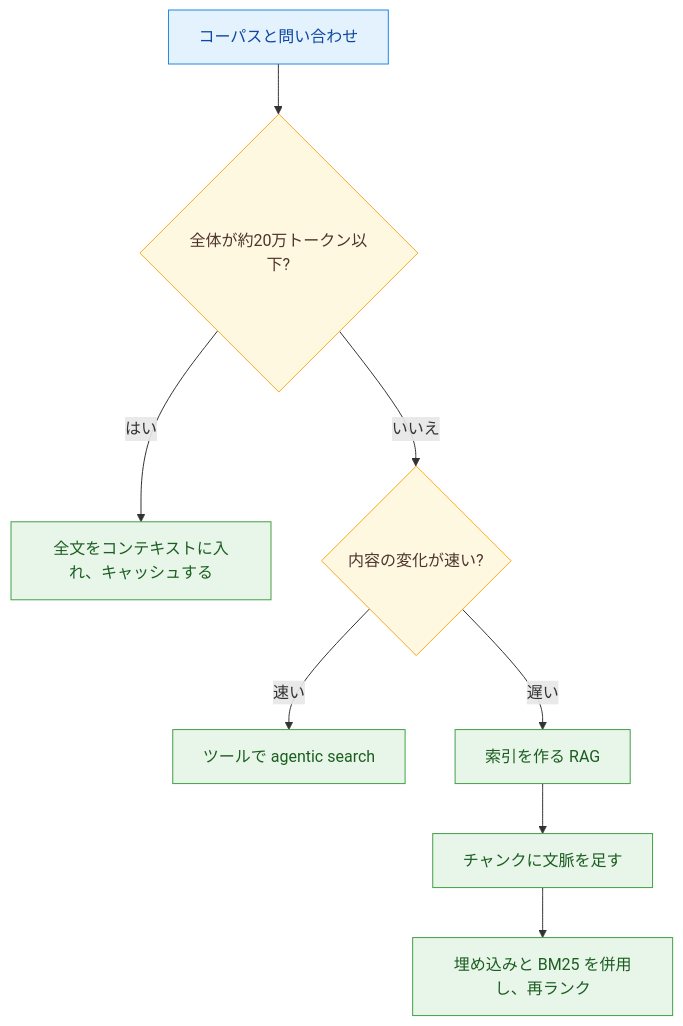
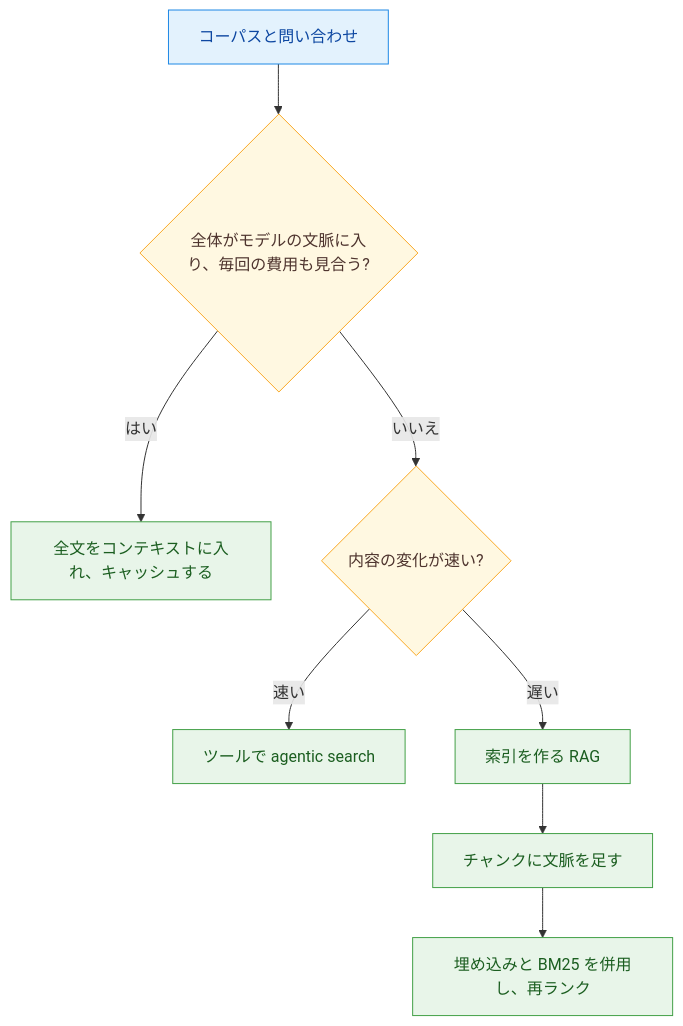
One commit to yuya-take/yuya-exam-notes changed the diagram in ccar-p/notes/03-integration/retrieval-architecture.md. Above: the diagram before and after it, drawn with Mermaid. The commit also changed other lines of this file and 6 other files, not shown here.

````diff
--- a/ccar-p/notes/03-integration/retrieval-architecture.md
+++ b/ccar-p/notes/03-integration/retrieval-architecture.md
@@ -12,16 +12,16 @@
 ```mermaid
 flowchart TD
-  A[コーパスと問い合わせ] --> B{全体が約20万トークン以下?}
+  A[コーパスと問い合わせ] --> B{全体がモデルの文脈に入り、毎回の費用も見合う?}
   B -- はい --> C[全文をコンテキストに入れ、キャッシュする]
   B -- いいえ --> D{内容の変化が速い?}
   D -- 速い --> E[ツールで agentic search]
   D -- 遅い --> F[索引を作る RAG]
   F --> G[チャンクに文脈を足す]
   G --> H[埋め込みと BM25 を併用し、再ランク]
   classDef run fill:#e3f2fd,stroke:#1e88e5,color:#0d47a1
   classDef judge fill:#fff8e1,stroke:#f9a825,color:#4e342e
   classDef done fill:#e8f5e9,stroke:#43a047,color:#1b5e20
   class A run
   class B,D judge
   class C,E,F,G,H done
 ```
````
